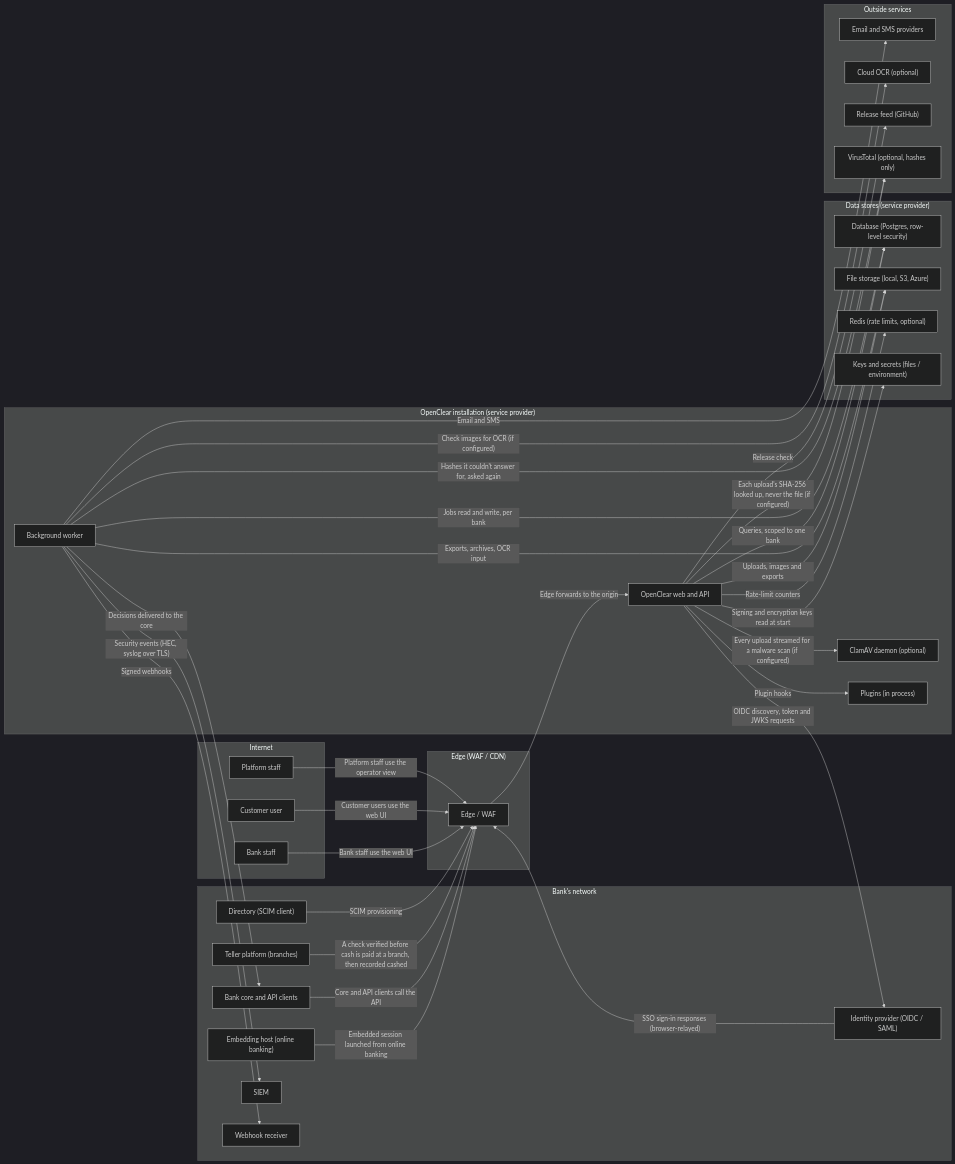
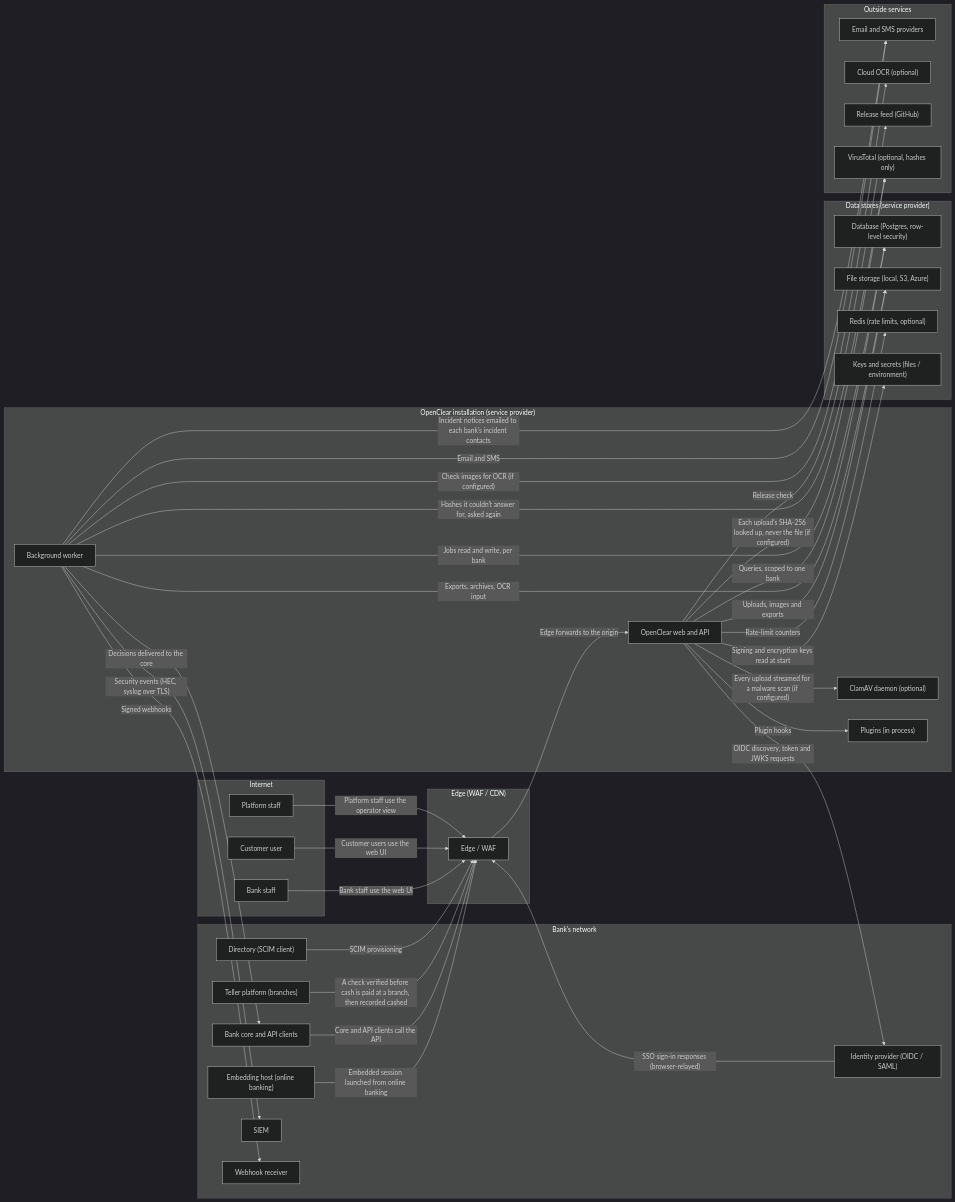
One commit to chaffed/OpenClear changed the diagram in docs/security/threat-model.md. Above: the diagram before and after it, drawn with Mermaid (dark theme). The commit also changed other lines of this file and 46 other files, not shown here.

First line of the commit message:
RG3: incident contacts and notices; NYDFS Part 500 and incident notification pages

````diff
--- a/docs/security/threat-model.md
+++ b/docs/security/threat-model.md
@@ -13,64 +13,65 @@
 ```mermaid
 flowchart LR
   subgraph b0["Internet"]
     n0["Bank staff"]
     n1["Customer user"]
     n2["Platform staff"]
   end
   subgraph b1["Bank's network"]
     n3["Embedding host (online banking)"]
     n4["Bank core and API clients"]
     n5["Teller platform (branches)"]
     n6["Identity provider (OIDC / SAML)"]
     n7["Directory (SCIM client)"]
     n8["SIEM"]
     n9["Webhook receiver"]
   end
   subgraph b2["Edge (WAF / CDN)"]
     n15["Edge / WAF"]
   end
   subgraph b3["OpenClear installation (service provider)"]
     n13["ClamAV daemon (optional)"]
     n16["OpenClear web and API"]
     n17["Background worker"]
     n18["Plugins (in process)"]
   end
   subgraph b4["Data stores (service provider)"]
     n19["Database (Postgres, row-level security)"]
     n20["File storage (local, S3, Azure)"]
     n21["Redis (rate limits, optional)"]
     n22["Keys and secrets (files / environment)"]
   end
   subgraph b5["Outside services"]
     n10["Email and SMS providers"]
     n11["Cloud OCR (optional)"]
     n12["Release feed (GitHub)"]
     n14["VirusTotal (optional, hashes only)"]
   end
   n0 -->|"Bank staff use the web UI"| n15
   n1 -->|"Customer users use the web UI"| n15
   n2 -->|"Platform staff use the operator view"| n15
   n3 -->|"Embedded session launched from online banking"| n15
   n4 -->|"Core and API clients call the API"| n15
   n5 -->|"A check verified before cash is paid at a branch, then recorded cashed"| n15
   n6 -->|"SSO sign-in responses (browser-relayed)"| n15
   n7 -->|"SCIM provisioning"| n15
   n15 -->|"Edge forwards to the origin"| n16
   n16 -->|"OIDC discovery, token and JWKS requests"| n6
   n16 -->|"Queries, scoped to one bank"| n19
   n16 -->|"Uploads, images and exports"| n20
   n16 -->|"Rate-limit counters"| n21
   n16 -->|"Signing and encryption keys read at start"| n22
   n16 -->|"Plugin hooks"| n18
   n17 -->|"Jobs read and write, per bank"| n19
   n17 -->|"Exports, archives, OCR input"| n20
   n17 -->|"Security events (HEC, syslog over TLS)"| n8
   n17 -->|"Signed webhooks"| n9
   n17 -->|"Decisions delivered to the core"| n4
   n17 -->|"Email and SMS"| n10
+  n17 -->|"Incident notices emailed to each bank's incident contacts"| n10
   n17 -->|"Check images for OCR (if configured)"| n11
   n16 -->|"Release check"| n12
   n16 -->|"Every upload streamed for a malware scan (if configured)"| n13
   n16 -->|"Each upload's SHA-256 looked up, never the file (if configured)"| n14
   n17 -->|"Hashes it couldn't answer for, asked again"| n14
 ```
````
